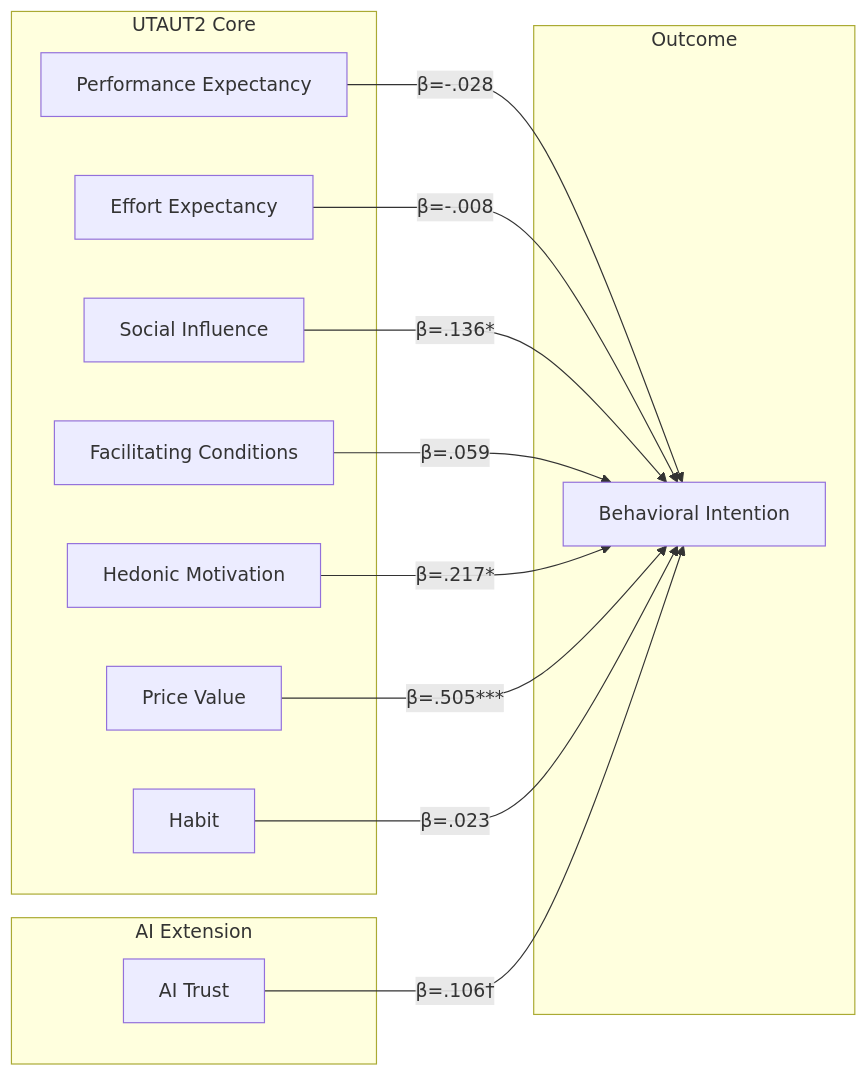
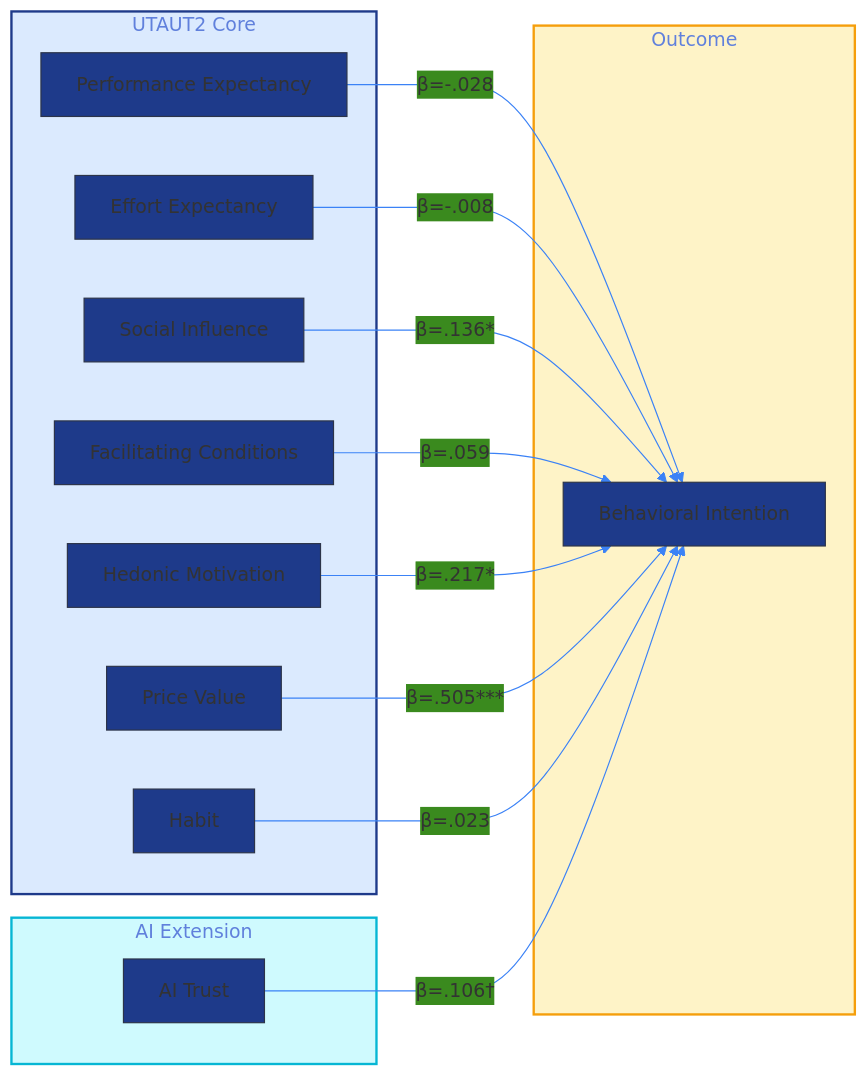
Before and after one commit to fabioc-aloha/AIRS_Data_Analysis: the diagram in README.md, drawn with Mermaid. The commit also changed 1 other file, not shown here.

Commit message:
docs: apply project palette to main README Mermaid diagram

````diff
--- a/README.md
+++ b/README.md
@@ -106,29 +106,34 @@
 ```mermaid
+%%{init: {'theme': 'base', 'themeVariables': {'primaryColor': '#1e3a8a', 'lineColor': '#3b82f6'}}}%%
 flowchart LR
     subgraph UTAUT2["UTAUT2 Core"]
         PE[Performance Expectancy]
         EE[Effort Expectancy]
         SI[Social Influence]
         FC[Facilitating Conditions]
         HM[Hedonic Motivation]
         PV[Price Value]
         HB[Habit]
     end
 
     subgraph Extensions["AI Extension"]
         TR[AI Trust]
     end
 
     subgraph Outcome["Outcome"]
         BI[Behavioral Intention]
     end
 
     PE -->|β=-.028| BI
     EE -->|β=-.008| BI
     SI -->|β=.136*| BI
     FC -->|β=.059| BI
     HM -->|β=.217*| BI
     PV -->|β=.505***| BI
     HB -->|β=.023| BI
     TR -->|β=.106†| BI
+
+    style UTAUT2 fill:#dbeafe,stroke:#1e3a8a,stroke-width:2px
+    style Extensions fill:#cffafe,stroke:#06b6d4,stroke-width:2px
+    style Outcome fill:#fef3c7,stroke:#f59e0b,stroke-width:2px
 ```
````
